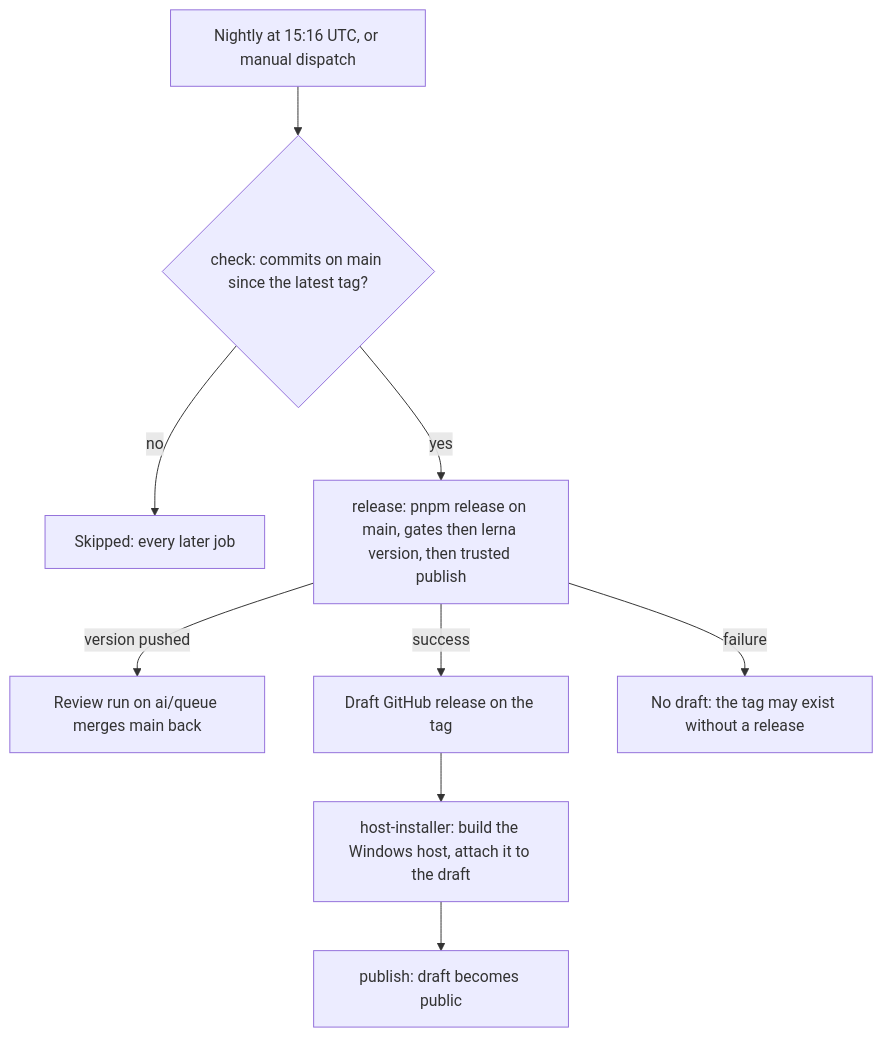
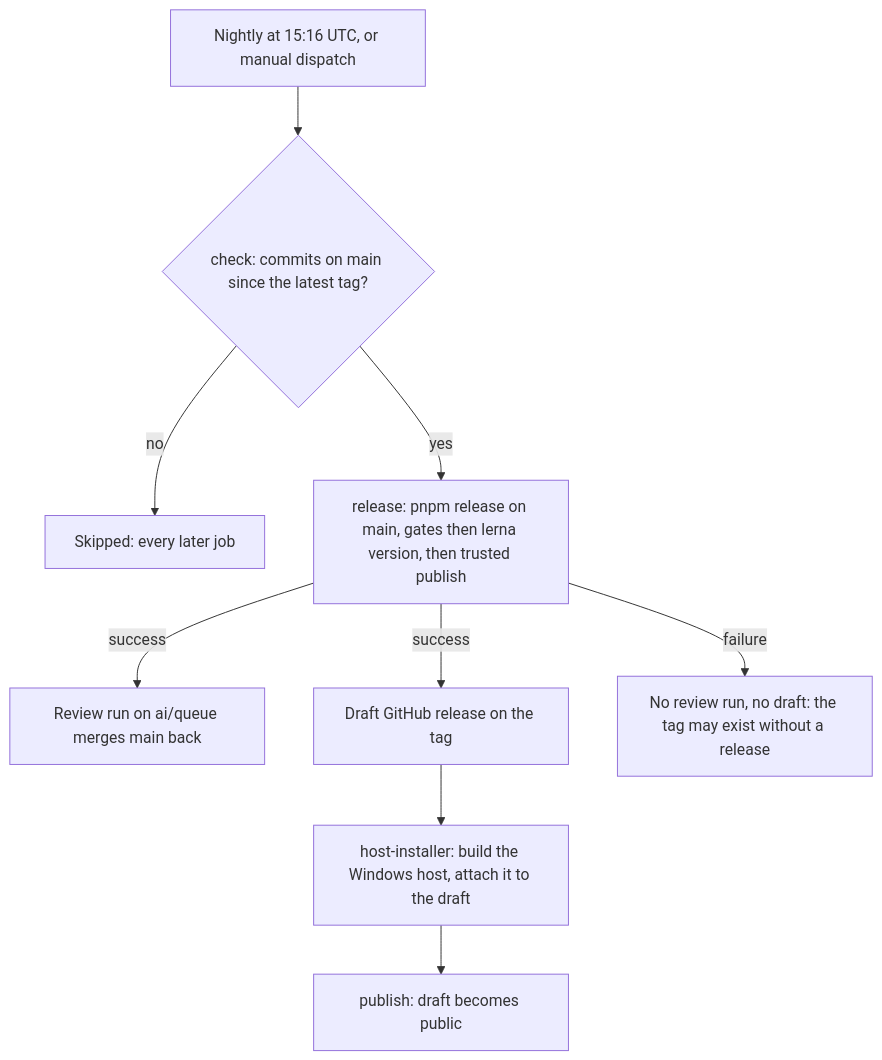
Before and after one commit to Esposter/Esposter: the diagram in apps/web/content/docs/architecture/release-flow.md, drawn with Mermaid. The commit also changed other lines of this file and 1 other file, not shown here.

Commit message:
docs: the review run starts after the release publishes, not after the version push
The release job's review step runs only when pnpm release succeeds, so the release-flow diagram and notes say so, and the workflow comment matches.

````diff
--- a/apps/web/content/docs/architecture/release-flow.md
+++ b/apps/web/content/docs/architecture/release-flow.md
@@ -12,11 +12,11 @@
 ```mermaid
 flowchart TD
   Trigger[Nightly at 15:16 UTC, or manual dispatch] --> Check{check: commits on main since the latest tag?}
   Check -- no --> Skip[Skipped: every later job]
   Check -- yes --> Release[release: pnpm release on main, gates then lerna version, then trusted publish]
-  Release -- version pushed --> Review[Review run on ai/queue merges main back]
+  Release -- success --> Review[Review run on ai/queue merges main back]
   Release -- success --> Draft[Draft GitHub release on the tag]
-  Release -- failure --> Held[No draft: the tag may exist without a release]
+  Release -- failure --> Held[No review run, no draft: the tag may exist without a release]
   Draft --> Host[host-installer: build the Windows host, attach it to the draft]
   Host --> Publish[publish: draft becomes public]
 ```
````
